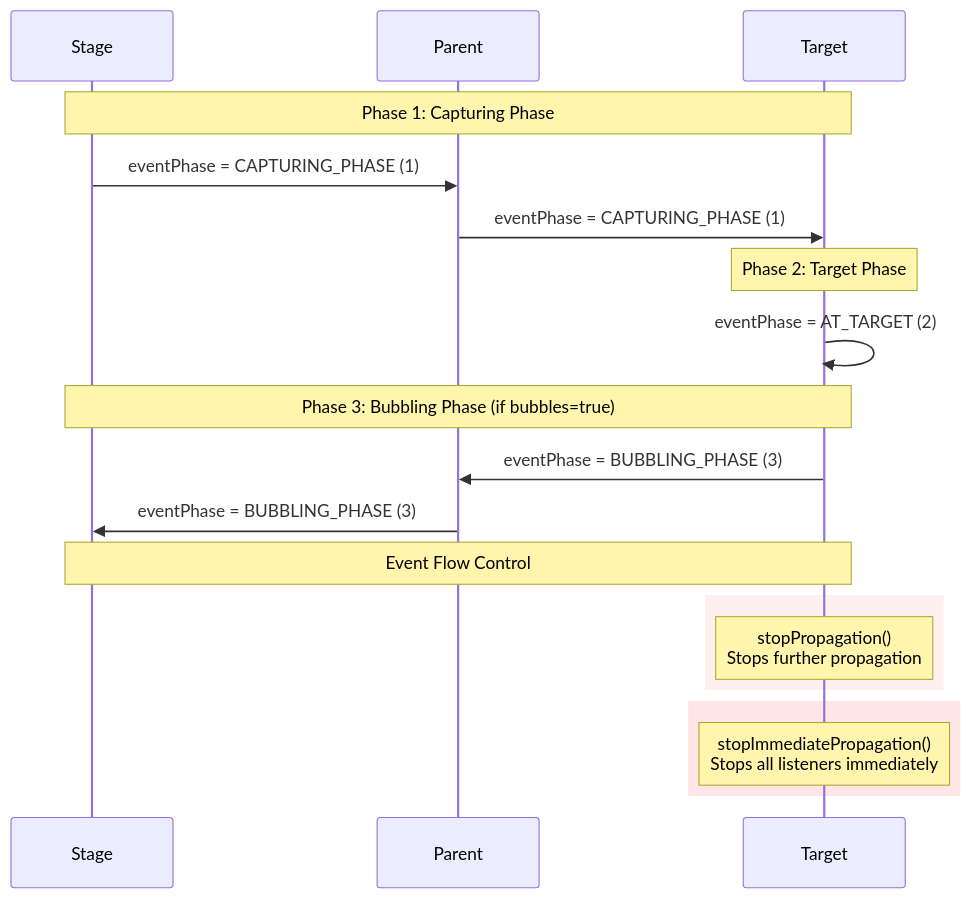
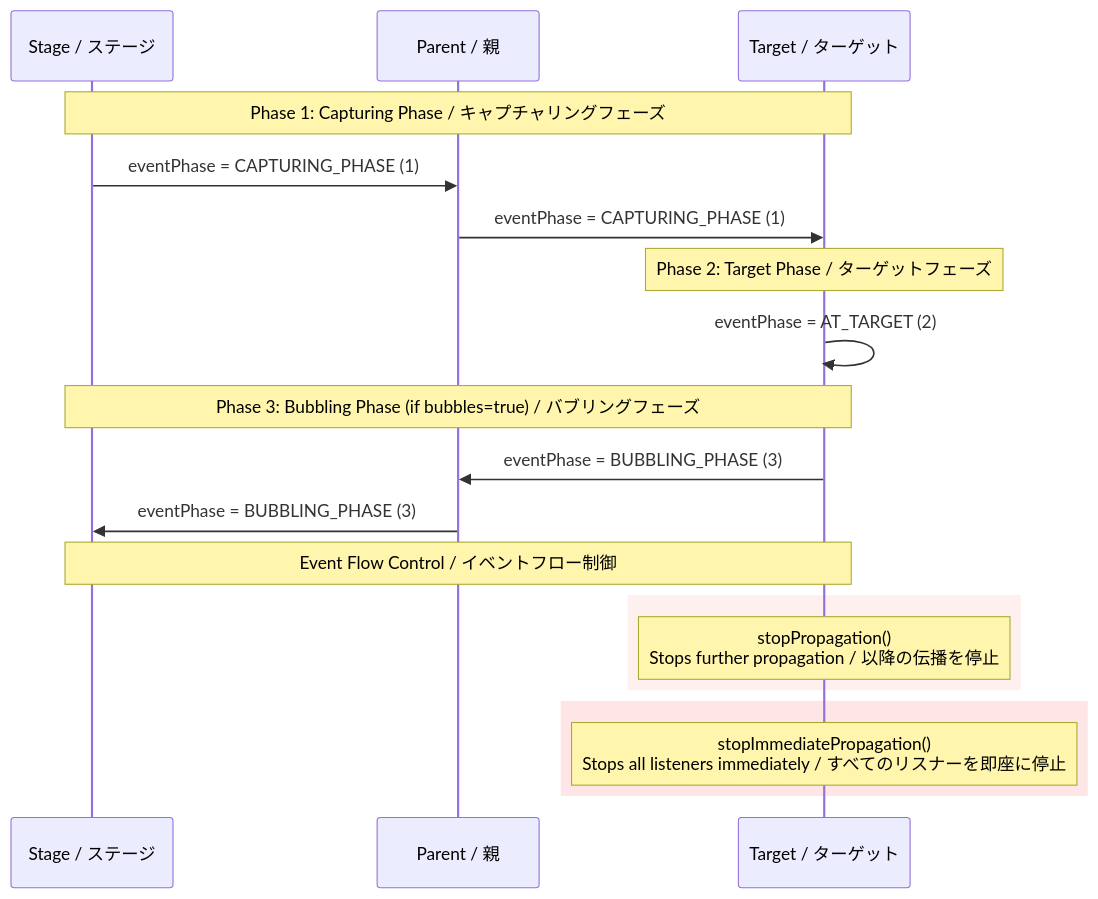
Before and after one commit to Next2D/player: the diagram in packages/events/README.md, drawn with Mermaid. The commit also changed other lines of this file and 2 other files, not shown here.

````diff
--- a/packages/events/README.md
+++ b/packages/events/README.md
@@ -68,25 +75,25 @@
 ```mermaid
 sequenceDiagram
-    participant Stage
-    participant Parent
-    participant Target
+    participant Stage as Stage / ステージ
+    participant Parent as Parent / 親
+    participant Target as Target / ターゲット
 
-    Note over Stage,Target: Phase 1: Capturing Phase
+    Note over Stage,Target: Phase 1: Capturing Phase / キャプチャリングフェーズ
     Stage->>Parent: eventPhase = CAPTURING_PHASE (1)
     Parent->>Target: eventPhase = CAPTURING_PHASE (1)
 
-    Note over Target: Phase 2: Target Phase
+    Note over Target: Phase 2: Target Phase / ターゲットフェーズ
     Target->>Target: eventPhase = AT_TARGET (2)
 
-    Note over Target,Stage: Phase 3: Bubbling Phase (if bubbles=true)
+    Note over Target,Stage: Phase 3: Bubbling Phase (if bubbles=true) / バブリングフェーズ
     Target->>Parent: eventPhase = BUBBLING_PHASE (3)
     Parent->>Stage: eventPhase = BUBBLING_PHASE (3)
 
-    Note over Stage,Target: Event Flow Control
+    Note over Stage,Target: Event Flow Control / イベントフロー制御
     rect rgb(255, 240, 240)
-        Note over Target: stopPropagation()<br/>Stops further propagation
+        Note over Target: stopPropagation()<br/>Stops further propagation / 以降の伝播を停止
     end
     rect rgb(255, 230, 230)
-        Note over Target: stopImmediatePropagation()<br/>Stops all listeners immediately
+        Note over Target: stopImmediatePropagation()<br/>Stops all listeners immediately / すべてのリスナーを即座に停止
     end
 ```
````
